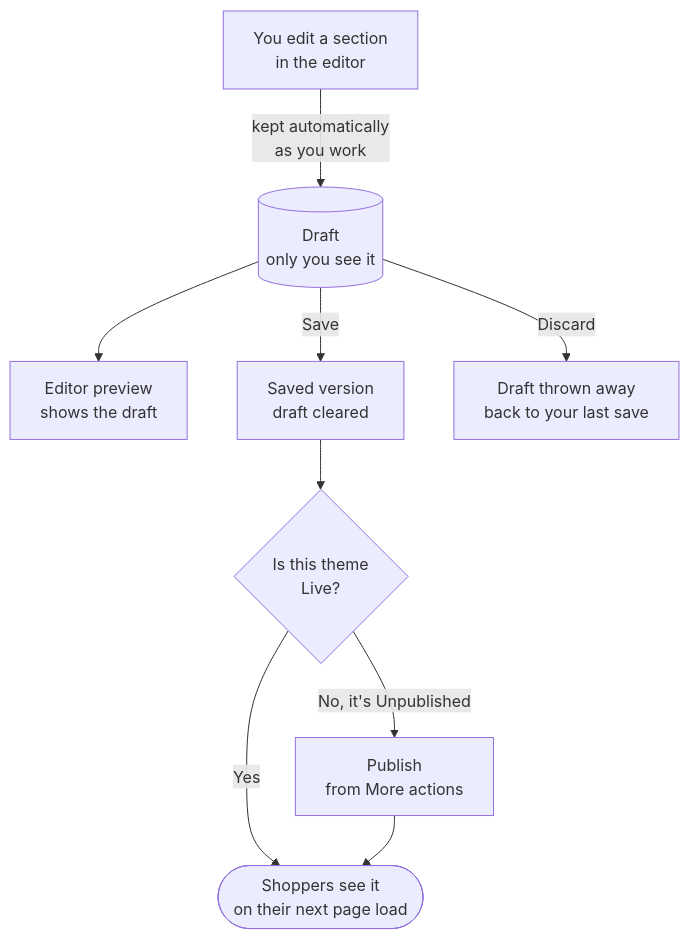
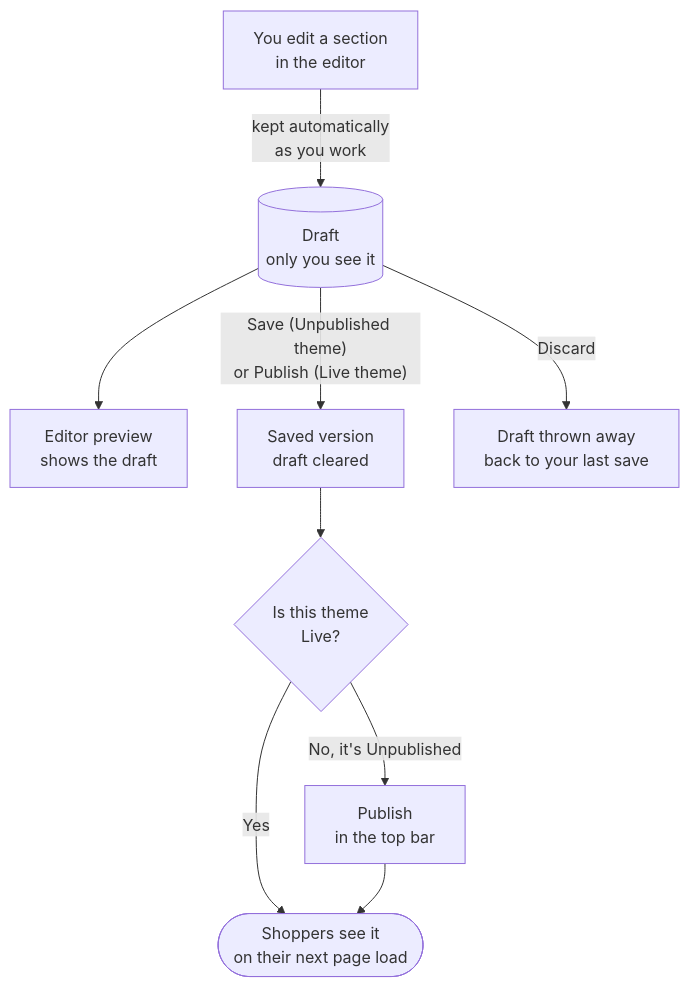
The diagram in apps/docs/content/merchant-guide/online-store/website-builder.mdx (Viora-Tech/e-commerce), drawn with Mermaid before and after one commit. The commit also changed other lines of this file and 4 other files, not shown here.

First line of the commit message:
feat(editor): Save and Publish side by side, per Figma

````diff
--- a/apps/docs/content/merchant-guide/online-store/website-builder.mdx
+++ b/apps/docs/content/merchant-guide/online-store/website-builder.mdx
@@ -25,10 +26,10 @@
 ```mermaid
 flowchart TD
   edit["You edit a section<br/>in the editor"] -->|kept automatically<br/>as you work| draft[("Draft<br/>only you see it")]
   draft --> preview["Editor preview<br/>shows the draft"]
-  draft -->|Save| saved["Saved version<br/>draft cleared"]
+  draft -->|"Save (Unpublished theme)<br/>or Publish (Live theme)"| saved["Saved version<br/>draft cleared"]
   draft -->|Discard| back["Draft thrown away<br/>back to your last save"]
   saved --> live{"Is this theme<br/>Live?"}
   live -->|Yes| shoppers(["Shoppers see it<br/>on their next page load"])
-  live -->|"No, it's Unpublished"| publish["Publish<br/>from More actions"] --> shoppers
+  live -->|"No, it's Unpublished"| publish["Publish<br/>in the top bar"] --> shoppers
 ```
````
